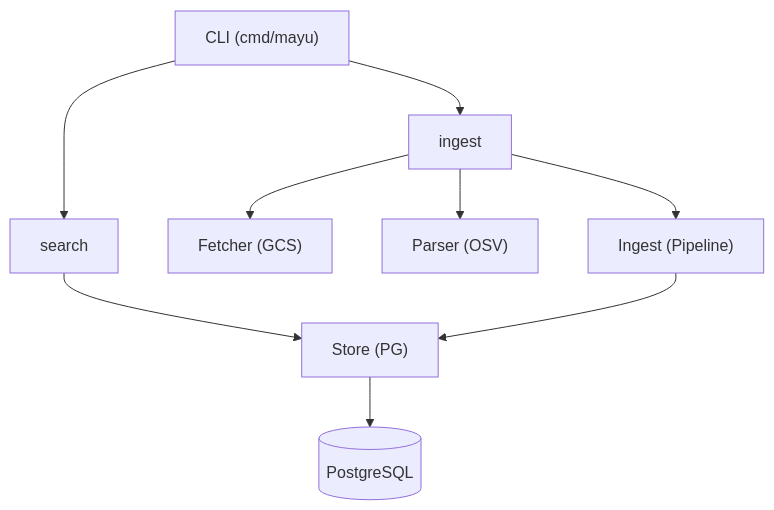
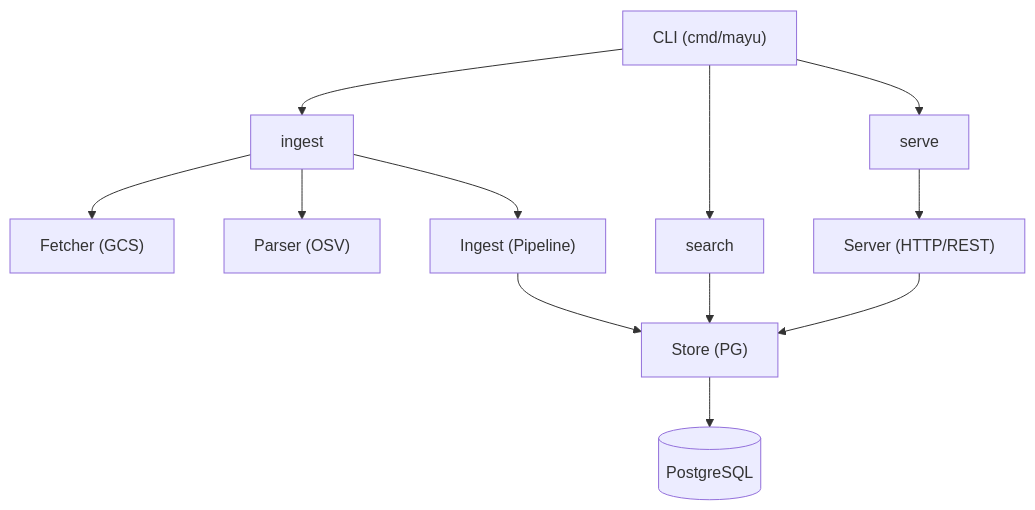
Before and after one commit to kato83/mayu: the diagram in README.md, drawn with Mermaid. The commit also changed other lines of this file and 7 other files, not shown here.

First line of the commit message:
feat: add serve command with REST API and OpenAPI spec

````diff
--- a/README.md
+++ b/README.md
@@ -154,14 +201,17 @@
 ```mermaid
 graph TD
     CLI["CLI (cmd/mayu)"]
     CLI --> Ingest[ingest]
     CLI --> Search[search]
+    CLI --> Serve[serve]
 
     Ingest --> Fetcher["Fetcher (GCS)"]
     Ingest --> Parser["Parser (OSV)"]
     Ingest --> IngestPipeline["Ingest (Pipeline)"]
     Search --> Store["Store (PG)"]
+    Serve --> Server["Server (HTTP/REST)"]
+    Server --> Store
     IngestPipeline --> Store
 
     Store --> DB[(PostgreSQL)]
 ```
````
